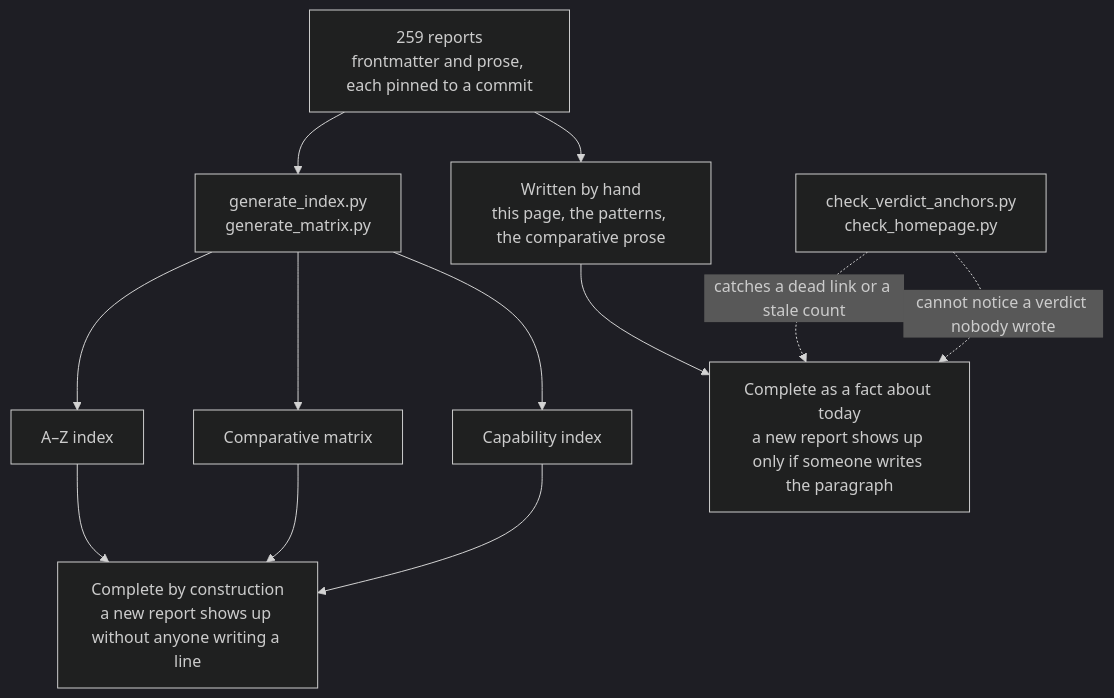
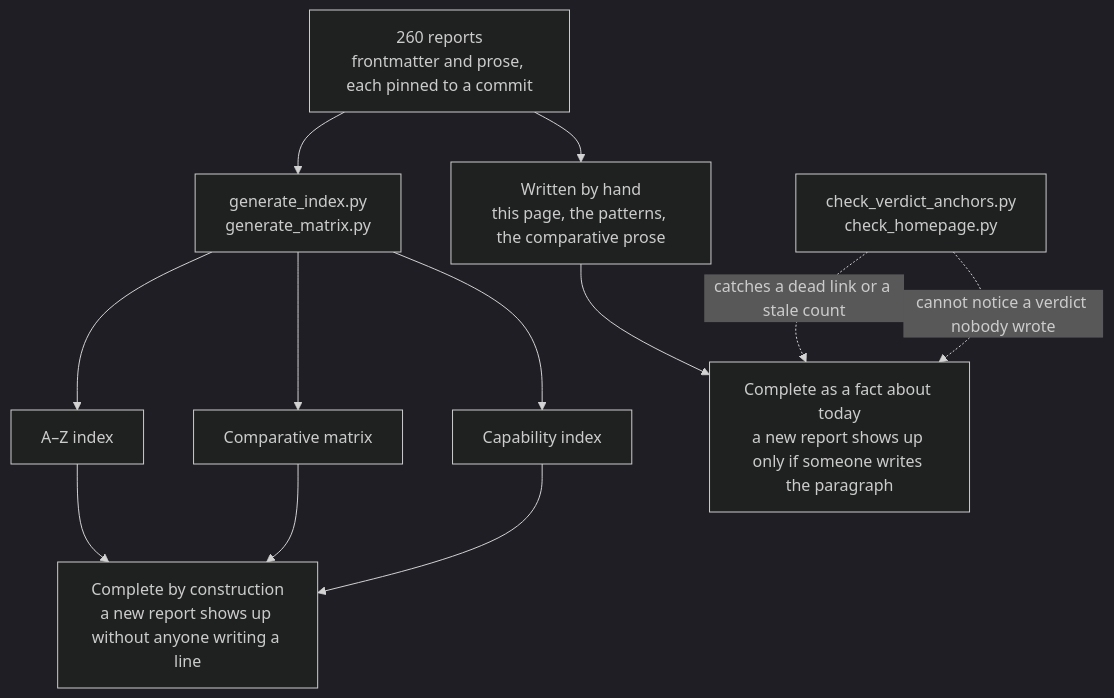
One commit to neoneye/agent-memory-atlas changed the diagram in content/verdicts.md. Above: the diagram before and after it, drawn with Mermaid (dark theme). The commit also changed other lines of this file and 21 other files, not shown here.

````diff
--- a/content/verdicts.md
+++ b/content/verdicts.md
@@ -40,15 +40,15 @@
 ```mermaid
 flowchart TD
-    R["259 reports<br/>frontmatter and prose, each pinned to a commit"]
+    R["260 reports<br/>frontmatter and prose, each pinned to a commit"]
     R --> GEN["generate_index.py<br/>generate_matrix.py"]
     R --> HAND["Written by hand<br/>this page, the patterns, the comparative prose"]
     GEN --> AZ["A–Z index"]
     GEN --> MX["Comparative matrix"]
     GEN --> CI["Capability index"]
     AZ --> CONST["Complete by construction<br/>a new report shows up without anyone writing a line"]
     MX --> CONST
     CI --> CONST
     HAND --> TODAY["Complete as a fact about today<br/>a new report shows up only if someone writes the paragraph"]
     CHK["check_verdict_anchors.py<br/>check_homepage.py"] -.->|"catches a dead link or a stale count"| TODAY
     CHK -.->|"cannot notice a verdict nobody wrote"| TODAY
 ```
````
